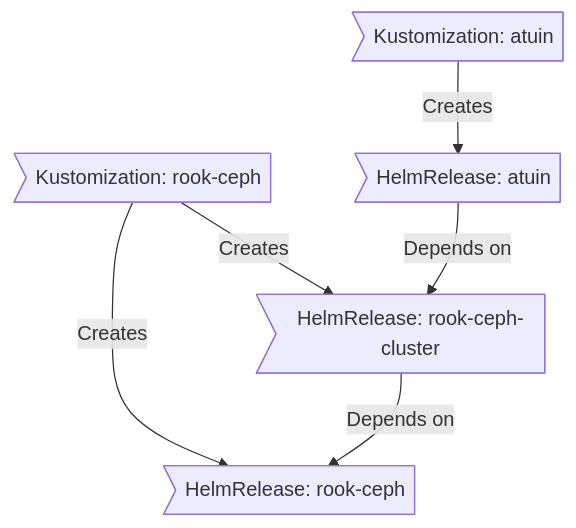
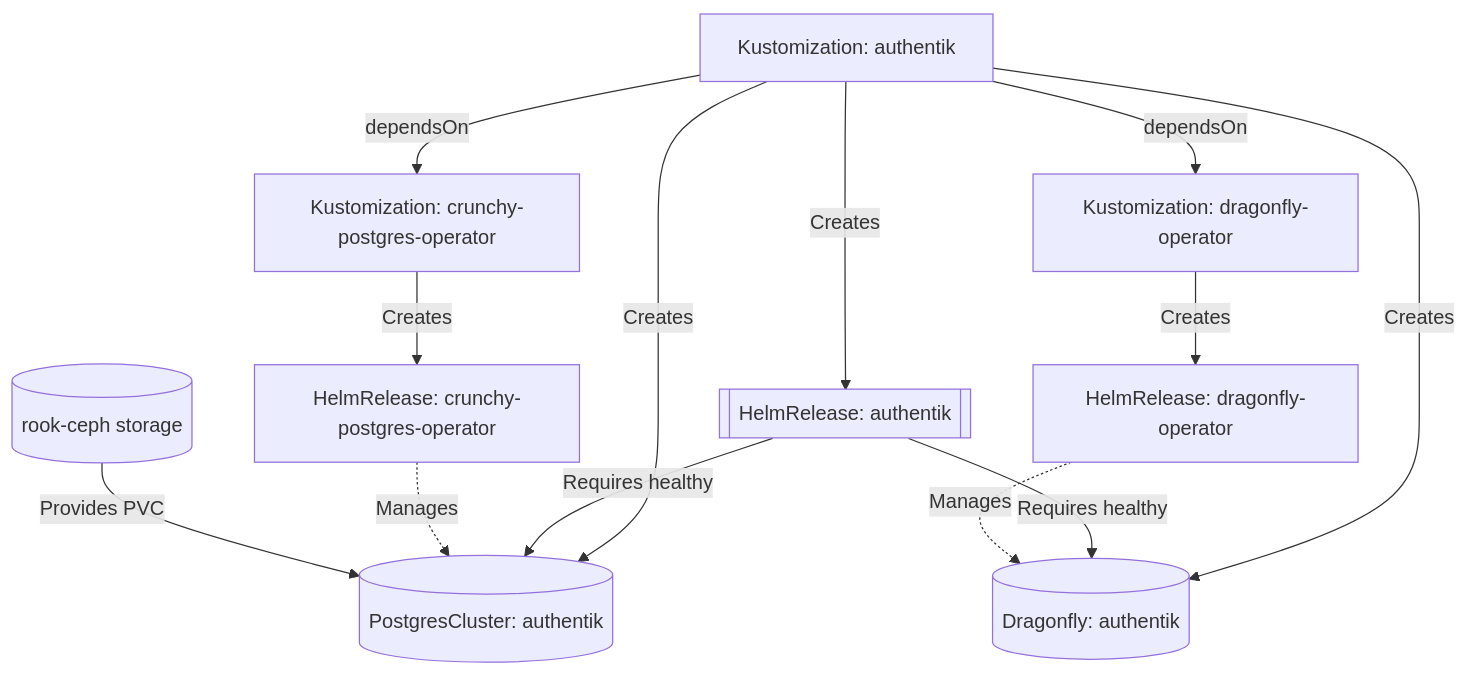
One commit to vrozaksen/home-ops changed the diagram in README.md. Above: the diagram before and after it, drawn with Mermaid. The commit also changed other lines of this file, not shown here.

Commit message:
feat: test new Flux Workflow Diagram!

````diff
--- a/README.md
+++ b/README.md
@@ -95,8 +104,24 @@
 ```mermaid
 graph TD
-    A>Kustomization: rook-ceph] -->|Creates| B[HelmRelease: rook-ceph]
-    A>Kustomization: rook-ceph] -->|Creates| C[HelmRelease: rook-ceph-cluster]
-    C>HelmRelease: rook-ceph-cluster] -->|Depends on| B>HelmRelease: rook-ceph]
-    D>Kustomization: atuin] -->|Creates| E(HelmRelease: atuin)
-    E>HelmRelease: atuin] -->|Depends on| C>HelmRelease: rook-ceph-cluster]
+    %% Operator Installation
+    A[Kustomization: crunchy-postgres-operator] -->|Creates| B[HelmRelease: crunchy-postgres-operator]
+    C[Kustomization: dragonfly-operator] -->|Creates| D[HelmRelease: dragonfly-operator]
+
+    %% Authentik Dependencies
+    E[Kustomization: authentik] -->|dependsOn| A
+    E -->|dependsOn| C
+    E -->|Creates| F[(PostgresCluster: authentik)]
+    E -->|Creates| G[(Dragonfly: authentik)]
+    E -->|Creates| H[[HelmRelease: authentik]]
+
+    %% Health Dependencies
+    H -->|Requires healthy| F
+    H -->|Requires healthy| G
+
+    %% Operator Management
+    B -.->|Manages| F
+    D -.->|Manages| G
+
+    %% External Dependencies
+    I[(rook-ceph storage)] -->|Provides PVC| F
 ```
````
